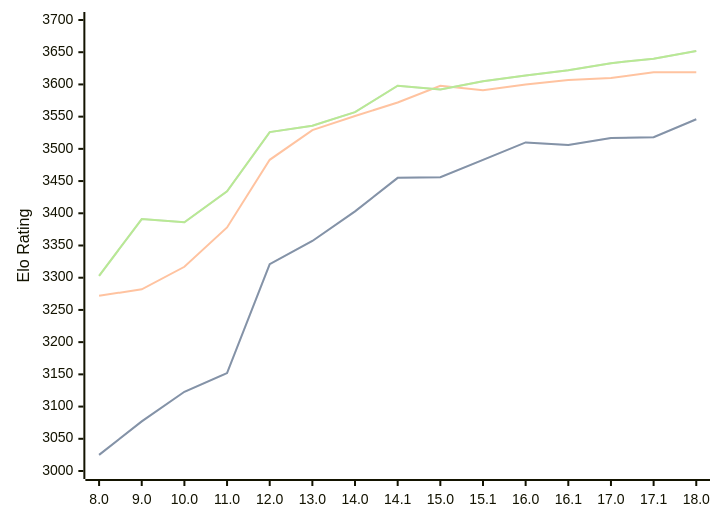
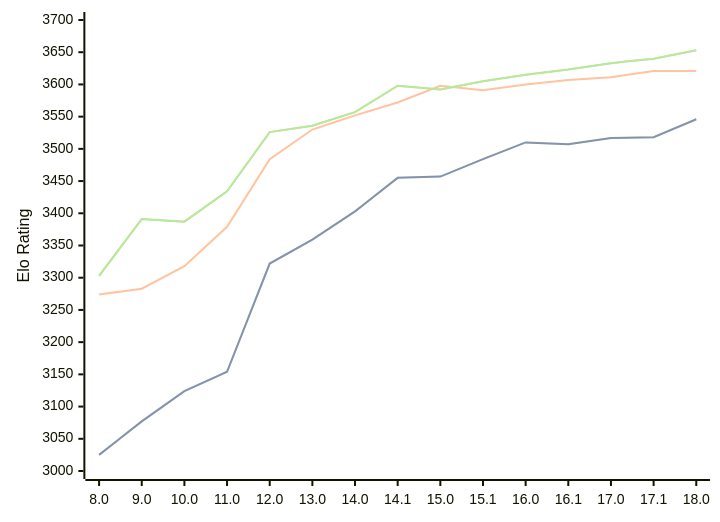
Before and after one commit to computer-chess-index/cci: the diagram in engines/Stockfish.md, drawn with Mermaid. The commit also changed other lines of this file, not shown here.

Commit message:
Update CCI Ratings (ELO VLTC) - 2026-04-24

````diff
--- a/engines/Stockfish.md
+++ b/engines/Stockfish.md
@@ -46,11 +46,11 @@
 ```mermaid
 %%{init: {"theme":"base","themeVariables":{"seriesColors:['#a3a3a3','#222221','#faa371']}}}%%
 xychart-beta
   x-axis ["8.0", "9.0", "10.0", "11.0", "12.0", "13.0", "14.0", "14.1", "15.0", "15.1", "16.0", "16.1", "17.0", "17.1", "18.0"]
   y-axis "Elo Rating" 3000 --> 3700
-  line "STC (8.0+0.08s)" [3025, 3077, 3123, 3152, 3321, 3357, 3403, 3455, 3456, 3483, 3510, 3506, 3517, 3518, 3546]
-  line "STC (8.0+0.08s)" [3025, 3077, 3123, 3152, 3321, 3357, 3403, 3455, 3456, 3483, 3510, 3506, 3517, 3518, 3546]
-  line "LTC (60.0+0.60s)" [3272, 3282, 3317, 3378, 3483, 3529, 3551, 3572, 3598, 3591, 3600, 3607, 3610, 3619, 3619]
-  line "VLTC (2m24s+1.12s)" [3303, 3391, 3386, 3434, 3526, 3536, 3557, 3598, 3592, 3605, 3614, 3622, 3633, 3640, 3652]
-  line "VLTC (2m24s+1.12s)" [3303, 3391, 3386, 3434, 3526, 3536, 3557, 3598, 3592, 3605, 3614, 3622, 3633, 3640, 3652]
+  line "STC (8.0+0.08s)" [3025, 3077, 3124, 3154, 3322, 3359, 3403, 3455, 3457, 3484, 3510, 3507, 3517, 3518, 3546]
+  line "STC (8.0+0.08s)" [3025, 3077, 3124, 3154, 3322, 3359, 3403, 3455, 3457, 3484, 3510, 3507, 3517, 3518, 3546]
+  line "LTC (60.0+0.60s)" [3274, 3283, 3318, 3379, 3484, 3530, 3552, 3572, 3598, 3591, 3600, 3607, 3611, 3621, 3621]
+  line "VLTC (2m24s+1.12s)" [3303, 3391, 3387, 3434, 3526, 3536, 3557, 3598, 3592, 3605, 3615, 3623, 3633, 3640, 3653]
+  line "VLTC (2m24s+1.12s)" [3303, 3391, 3387, 3434, 3526, 3536, 3557, 3598, 3592, 3605, 3615, 3623, 3633, 3640, 3653]
 ```
````
